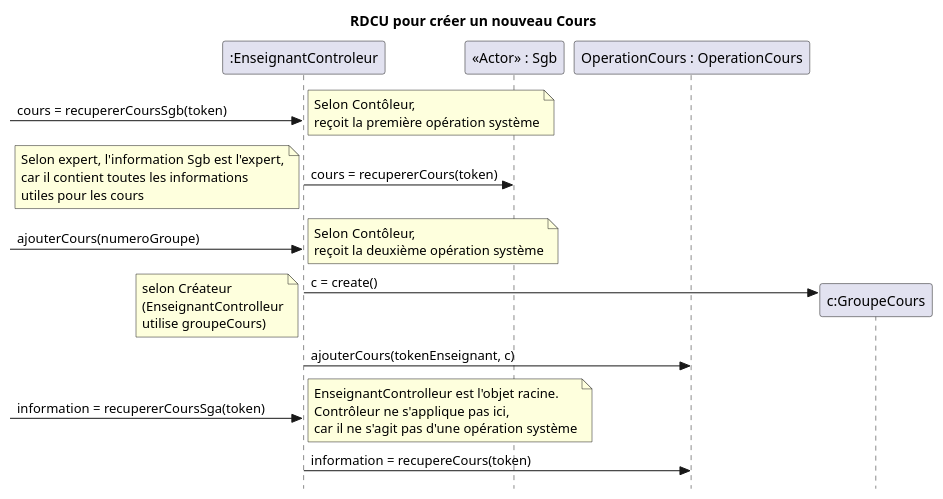
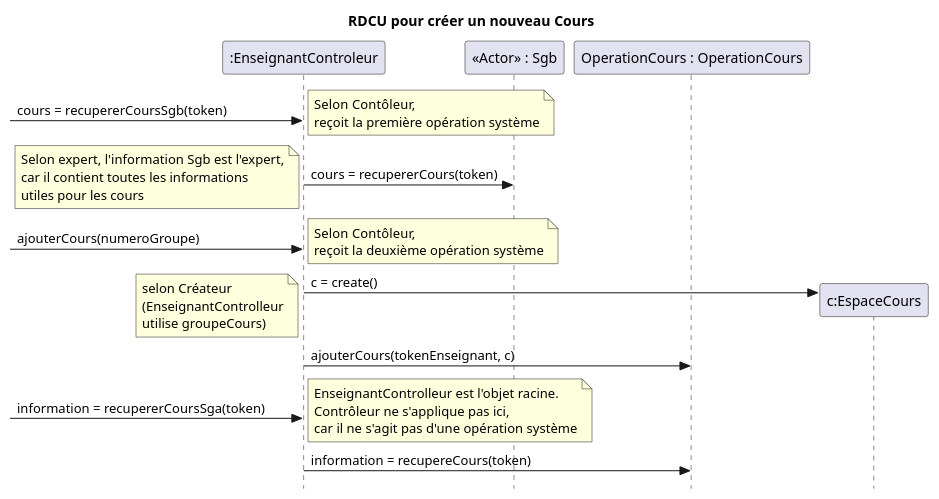
One commit to nerdz88/SGA-TS changed the diagram in docs/Ajouter cours/comp_RDCU_CreerNouveauCours.puml. Above: the diagram before and after it, drawn with PlantUML. The commit also changed 7 other files, not shown here.

```diff
--- a/docs/Ajouter cours/comp_RDCU_CreerNouveauCours.puml
+++ b/docs/Ajouter cours/comp_RDCU_CreerNouveauCours.puml
@@ -1,23 +1,23 @@
 @startuml creerNouveauCours
 skinparam style strictuml
 skinparam defaultfontname Verdana
 title RDCU pour créer un nouveau Cours
 participant ":EnseignantControleur" as sga
 participant "<<Actor>> : Sgb" as sgb
 participant "OperationCours : OperationCours" as map
-participant "c:GroupeCours" as cours
+participant "c:EspaceCours" as cours
 
 ->sga : cours = recupererCoursSgb(token)
 note left : Selon Contôleur,\nreçoit la première opération système
 sga->sgb: cours = recupererCours(token)
 note left : Selon expert, l'information Sgb est l'expert,\ncar il contient toutes les informations\nutiles pour les cours
 -> sga : ajouterCours(numeroGroupe)
  note left : Selon Contôleur,\nreçoit la deuxième opération système
   create cours
   sga->cours : c = create()
   note left : selon Créateur\n(EnseignantControlleur\nutilise groupeCours)
   sga->map : ajouterCours(tokenEnseignant, c)
   -> sga : information = recupererCoursSga(token)
   note left : EnseignantControlleur est l'objet racine.\nContrôleur ne s'applique pas ici,\ncar il ne s'agit pas d'une opération système
   sga -> map : information = recupereCours(token)
 @enduml
```
